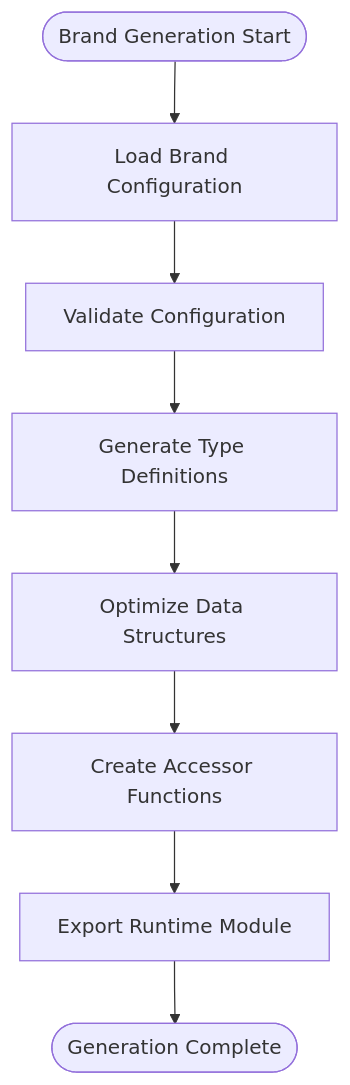
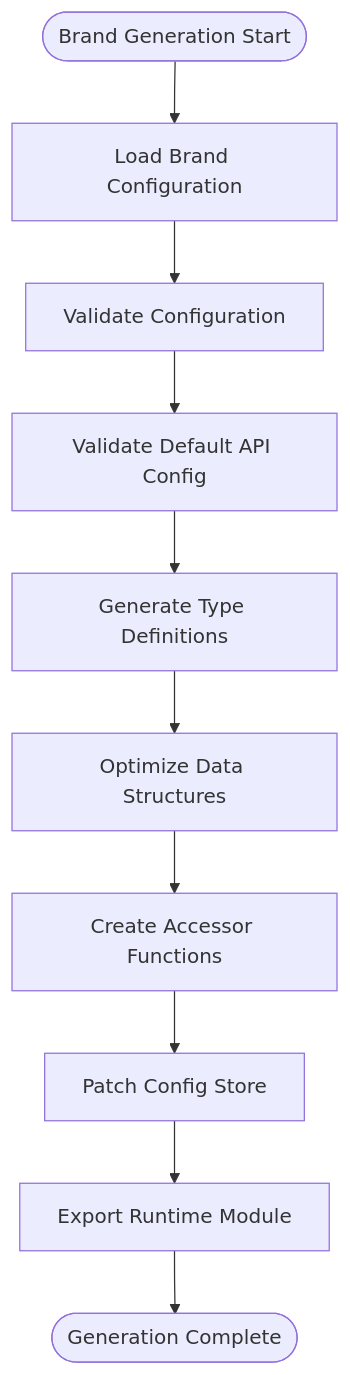
One commit to jackuh105/open-cowork changed the fourth of 9 diagrams in .qoder/repowiki/en/content/Deployment & Distribution/Branding System.md. Above: the diagram before and after it, drawn with Mermaid. The commit also changed other lines of this file and 2 other files, not shown here.

````diff
--- a/.qoder/repowiki/en/content/Deployment & Distribution/Branding System.md
+++ b/.qoder/repowiki/en/content/Deployment & Distribution/Branding System.md
@@ -205,10 +218,12 @@
 ```mermaid
 flowchart TD
 Start([Brand Generation Start]) --> LoadConfig["Load Brand Configuration"]
 LoadConfig --> ValidateConfig["Validate Configuration"]
-ValidateConfig --> GenerateTypes["Generate Type Definitions"]
+ValidateConfig --> ValidateDefaultApi["Validate Default API Config"]
+ValidateDefaultApi --> GenerateTypes["Generate Type Definitions"]
 GenerateTypes --> OptimizeData["Optimize Data Structures"]
 OptimizeData --> CreateAccessors["Create Accessor Functions"]
-CreateAccessors --> ExportModule["Export Runtime Module"]
+CreateAccessors --> PatchConfigStore["Patch Config Store"]
+PatchConfigStore --> ExportModule["Export Runtime Module"]
 ExportModule --> End([Generation Complete])
 ```
````
